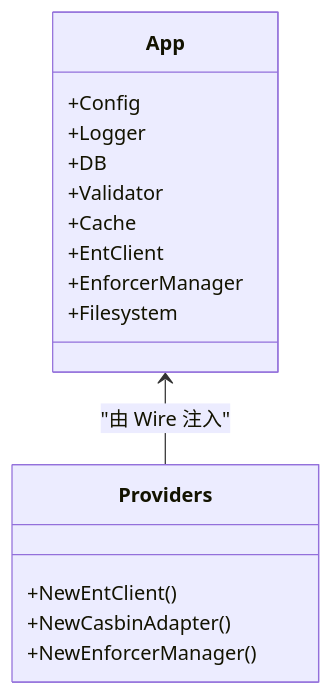
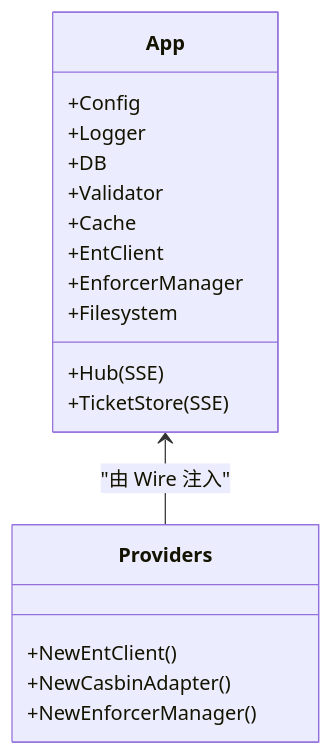
Before and after one commit to wuwuseo/e-sports-go-admin: the third of 7 diagrams in .qoder/repowiki/zh/content/开发指南/代码规范与最佳实践.md, drawn with Mermaid. The commit also changed other lines of this file and 42 other files, not shown here.

````diff
--- a/.qoder/repowiki/zh/content/开发指南/代码规范与最佳实践.md
+++ b/.qoder/repowiki/zh/content/开发指南/代码规范与最佳实践.md
@@ -158,19 +168,21 @@
 ```mermaid
 classDiagram
 class App {
 +Config
 +Logger
 +DB
 +Validator
 +Cache
 +EntClient
 +EnforcerManager
 +Filesystem
++Hub (SSE)
++TicketStore (SSE)
 }
 class Providers {
 +NewEntClient()
 +NewCasbinAdapter()
 +NewEnforcerManager()
 }
 App <-- Providers : "由 Wire 注入"
 ```
````
